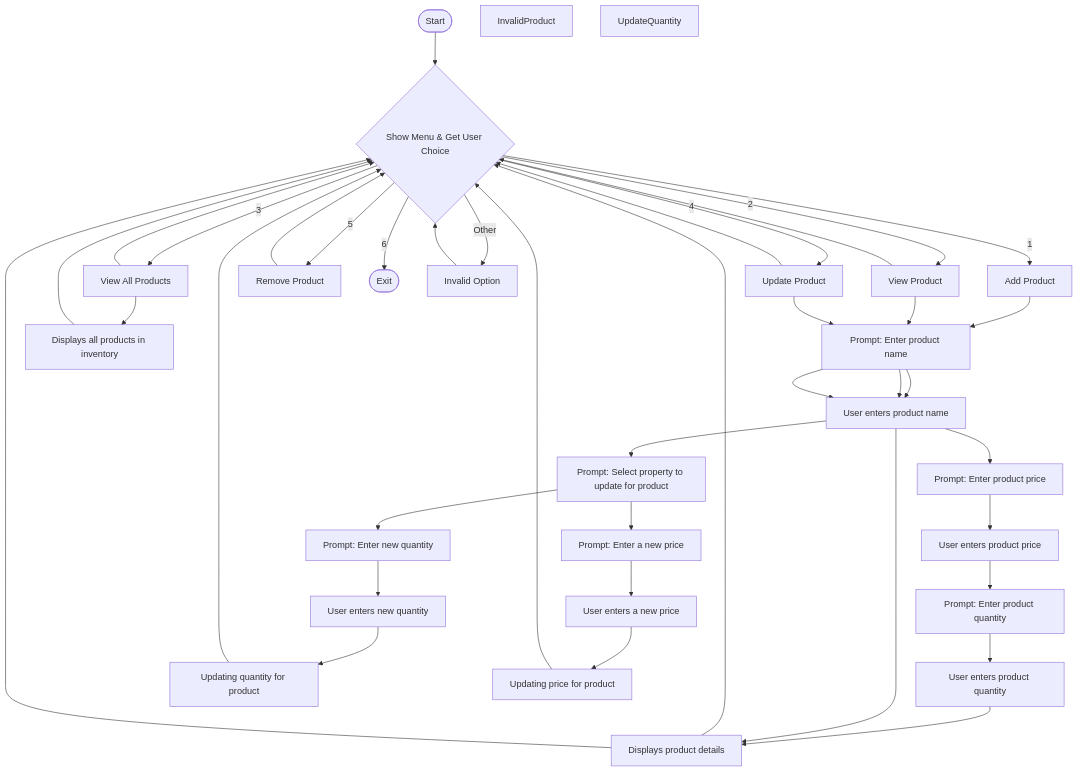
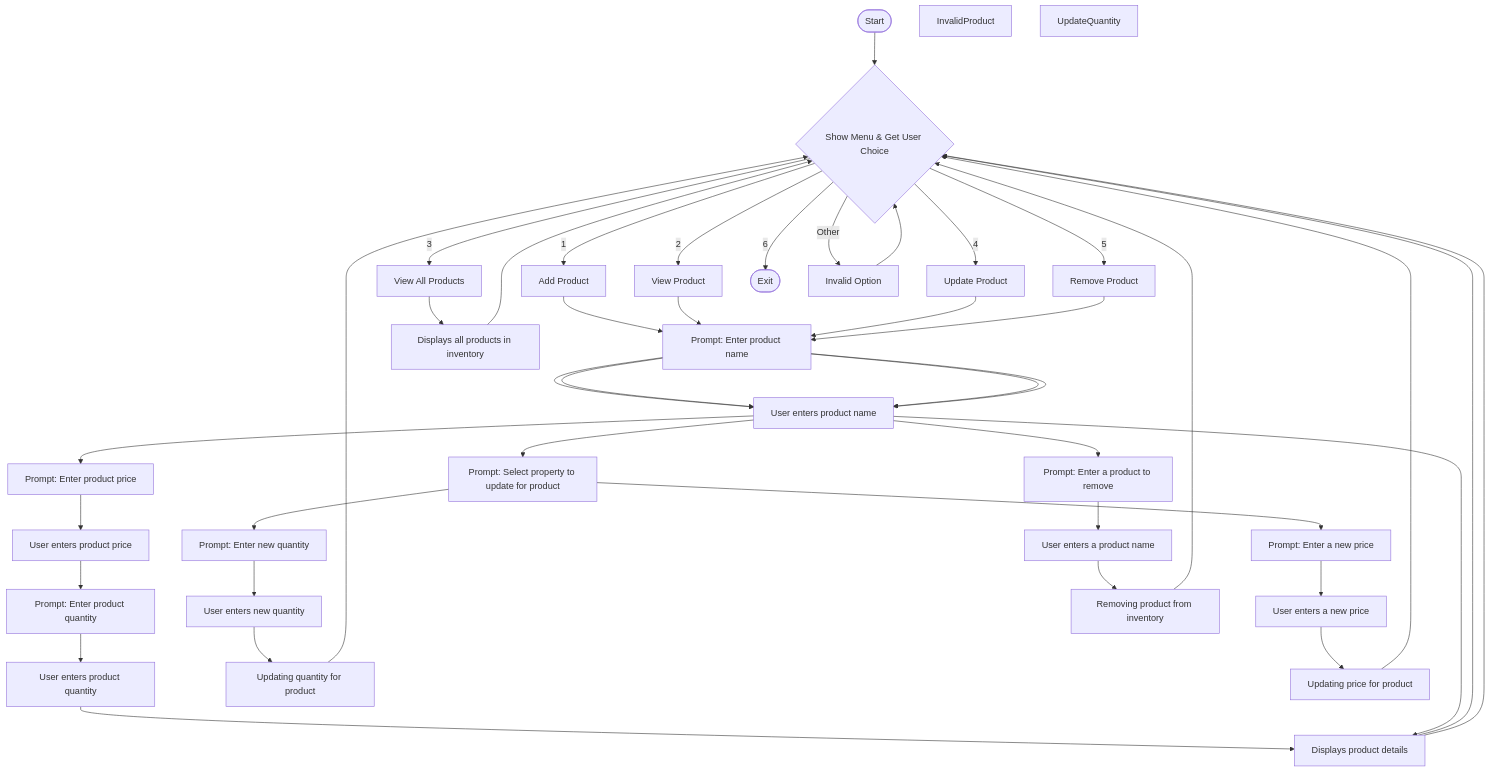
The diagram in flowchart.mmd (AdrianM10/inventory-mgmt-system), drawn with Mermaid before and after one commit.

Commit message:
Add steps for product removal from inventory

```diff
--- a/flowchart.mmd
+++ b/flowchart.mmd
@@ -1,48 +1,47 @@
 flowchart TD
     Start([Start])
     Menu{Show Menu & Get User Choice}
     Add[Add Product]
     GetProductName[Prompt: Enter product name]
     SetProductName[User enters product name]
     GetProductPrice[Prompt: Enter product price]
     SetProductPrice[User enters product price]
     GetProductQty[Prompt: Enter product quantity]
     SetProductQty[User enters product quantity]
     ViewOne[View Product]
     DisplayProduct[Displays product details]
     DisplayProducts[Displays all products in inventory]
     InvalidProduct
     ViewAll[View All Products]
     Update[Update Product]
     UpdateProperty[Prompt: Select property to update for product]
     GetUpdateQty[Prompt: Enter new quantity]
     SetUpdateQty[User enters new quantity]
     UpdatedQtyMsg[Updating quantity for product]
     GetUpdatePrice[Prompt: Enter a new price]
     SetUpdatePrice[User enters a new price]
     UpdatedPriceMsg[Updating price for product]
     UpdateQty[UpdateQuantity]
-    Remove["Remove Product"]
+    Remove[Remove Product]
+    GetRemovalProduct[Prompt: Enter a product to remove]
+    SetRemovalProduct[User enters a product name]
+    RemovalMsg[Removing product from inventory]
     Exit([Exit])
     Invalid[Invalid Option]
 
     Start --> Menu
     Menu -->|1| Add
     Add --> GetProductName --> SetProductName --> GetProductPrice --> SetProductPrice --> GetProductQty --> SetProductQty --> DisplayProduct --> Menu
     Menu -->|2| ViewOne
     ViewOne --> GetProductName --> SetProductName --> DisplayProduct --> Menu
     Menu -->|3| ViewAll
     ViewAll --> DisplayProducts --> Menu
     Menu -->|4| Update
     Update --> GetProductName --> SetProductName --> UpdateProperty
     UpdateProperty --> GetUpdateQty --> SetUpdateQty --> UpdatedQtyMsg --> Menu
     UpdateProperty --> GetUpdatePrice --> SetUpdatePrice --> UpdatedPriceMsg --> Menu
     Menu -->|5| Remove
+    Remove --> GetProductName --> SetProductName --> GetRemovalProduct --> SetRemovalProduct --> RemovalMsg --> Menu
     Menu -->|6| Exit
     Menu -->|Other| Invalid
-  
-    ViewOne --> Menu
-    ViewAll --> Menu
-    Update --> Menu
-    Remove --> Menu
     Invalid --> Menu
```
